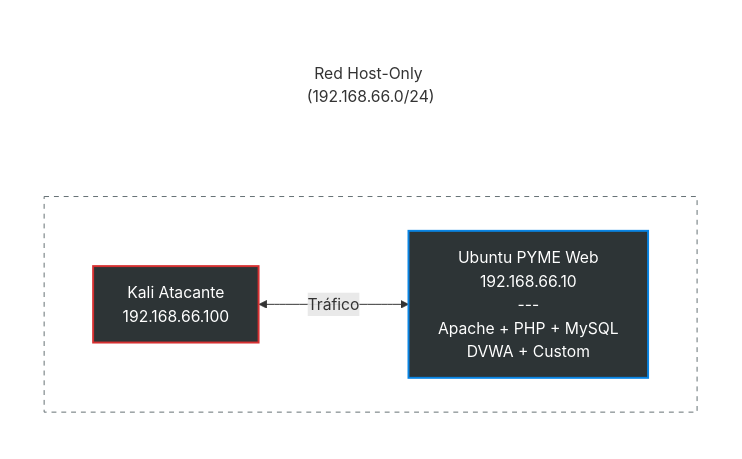
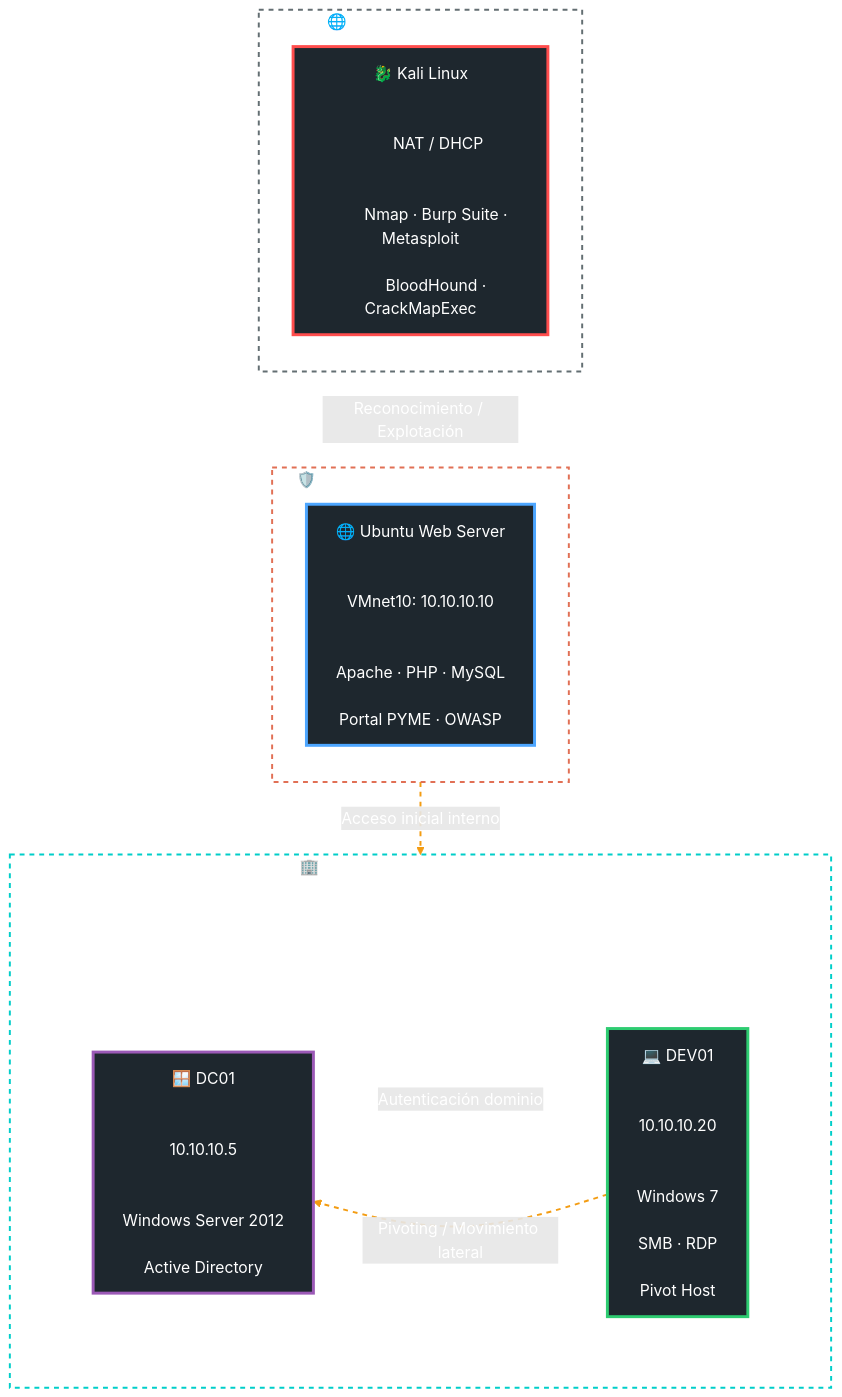
Before and after one commit to AmasterJT/TFM-Ciber-CEU-Jose-Torre: the diagram in README.md, drawn with Mermaid. The commit also changed other lines of this file and 4 other files, not shown here.

````diff
--- a/README.md
+++ b/README.md
@@ -86,22 +107,90 @@
 ```mermaid
-graph LR
-    subgraph Marco[" "]
-        TitleNode["Red Host-Only (192.168.66.0/24)"]
-        style TitleNode fill:none,stroke:none
+graph TB
 
-        subgraph Escenario[" "]
+    %% =========================
+    %% ZONA ATACANTE
+    %% =========================
+
+    subgraph EXT["🌐 RED NAT / ATACANTE"]
+        direction TB
+
+        A["🐉 Kali Linux<br/><br/>
+        NAT / DHCP<br/><br/>
+        Nmap · Burp Suite · Metasploit<br/>
+        BloodHound · CrackMapExec"]
+    end
+
+    %% =========================
+    %% SERVIDOR WEB
+    %% =========================
+
+    subgraph DMZ["🛡️ SERVIDOR WEB VULNERABLE"]
+        direction TB
+
+        B["🌐 Ubuntu Web Server<br/><br/>
+        VMnet10: 10.10.10.10<br/><br/>
+        Apache · PHP · MySQL<br/>
+        Portal PYME · OWASP"]
+    end
+
+    %% =========================
+    %% RED INTERNA
+    %% =========================
+
+    subgraph INT["🏢 RED INTERNA CORPORATIVA<br/>VMnet10 · 10.10.10.0/24"]
+        direction TB
+
+        PAD[" "]
+
+        subgraph ROW[" "]
             direction LR
-            A["Kali Atacante<br/>192.168.66.100"]
-            B["Ubuntu PYME Web<br/>192.168.66.10<br/>---<br/>Apache + PHP + MySQL<br/>DVWA + Custom"]
-            A <-->|Tráfico| B
+
+            C["🪟 DC01<br/><br/>
+            10.10.10.5<br/><br/>
+            Windows Server 2012<br/>
+            Active Directory"]
+
+            D["💻 DEV01<br/><br/>
+            10.10.10.20<br/><br/>
+            Windows 7<br/>
+            SMB · RDP<br/>
+            Pivot Host"]
         end
     end
 
-    TitleNode --- Escenario
-    linkStyle 1 stroke:none
+    %% =========================
+    %% CONEXIONES
+    %% =========================
 
-    style A fill:#2d3436,stroke:#d63031,stroke-width:2px,color:#fff
-    style B fill:#2d3436,stroke:#0984e3,stroke-width:2px,color:#fff
-    style Escenario fill:none,stroke:#636e72,stroke-dasharray: 5 5
-    style Marco fill:none,stroke:#ffffff,stroke-width:1px
+    A -->|Reconocimiento / Explotación| B
+
+    B -.->|Acceso inicial interno| D
+
+    D -.->|Pivoting / Movimiento lateral| C
+
+    C <-->|Autenticación dominio| D
+
+    PAD --- ROW
+
+    %% =========================
+    %% ESTILOS
+    %% =========================
+
+    style A fill:#1e272e,stroke:#ff4d4d,stroke-width:3px,color:#ffffff
+    style B fill:#1e272e,stroke:#4da6ff,stroke-width:3px,color:#ffffff
+    style C fill:#1e272e,stroke:#9b59b6,stroke-width:3px,color:#ffffff
+    style D fill:#1e272e,stroke:#2ecc71,stroke-width:3px,color:#ffffff
+
+    style PAD fill:none,stroke:none,color:#ffffff
+    style ROW fill:none,stroke:none,color:#ffffff
+
+    style EXT fill:none,stroke:#636e72,stroke-width:2px,stroke-dasharray: 5 5,color:#ffffff
+    style DMZ fill:none,stroke:#e17055,stroke-width:2px,stroke-dasharray: 5 5,color:#ffffff
+    style INT fill:none,stroke:#00cec9,stroke-width:2px,stroke-dasharray: 5 5,color:#ffffff
+
+    linkStyle 0 stroke:#ffffff,stroke-width:2px,color:#ffffff
+    linkStyle 1 stroke:#f39c12,stroke-width:2px,stroke-dasharray: 5 5,color:#ffffff
+    linkStyle 2 stroke:#f39c12,stroke-width:2px,stroke-dasharray: 5 5,color:#ffffff
+    linkStyle 3 stroke:#ffffff,stroke-width:2px,color:#ffffff
+    linkStyle 4 stroke:none
 ```
````
